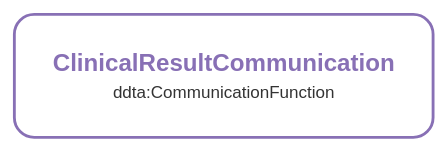
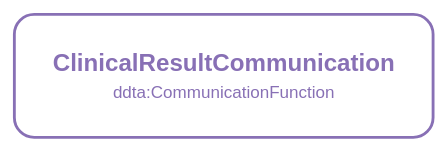
Before and after one commit to nballestriero/tesiStabile: diagram 11 of 26 in ontologies/core/DDTA_CORE_VISUALIZATION.md, drawn with Mermaid. The commit also changed other lines of this file and 4 other files, not shown here.

````diff
--- a/ontologies/core/DDTA_CORE_VISUALIZATION.md
+++ b/ontologies/core/DDTA_CORE_VISUALIZATION.md
@@ -1102,6 +1318,7 @@
 ```mermaid
-%%{init: {"htmlLabels":true,"theme":"base"}}%%
+%%{init: {"htmlLabels":true,"theme":"base","layout":"elk"}}%%
 flowchart TB
-    O_4d2fae64b52649("<div style='display:inline-block;text-align:center;white-space:nowrap;line-height:1.4;padding:8px 12px;background:transparent;opacity:1;color:#8870B5'><span style='display:block;text-align:center;font-size:17px;font-weight:700;color:#8870B5'>ClinicalResultCommunication</span><span style='display:block;text-align:center;font-size:12px;font-weight:400;color:#8870B5'>ddta:CommunicationFunction</span></div>")
-    style O_4d2fae64b52649 fill:#FFFFFF,stroke:#8870B5,color:#8870B5,stroke-width:2px,rx:14px,ry:14px
+    O_2e262aff734df2("<div style='display:inline-block;text-align:center;white-space:nowrap;line-height:1.4;padding:8px 12px;background:transparent;opacity:1;color:#8870B5'><span style='display:block;text-align:center;font-size:17px;font-weight:700;color:#8870B5'>ClinicalResultCommunication</span><span style='display:block;text-align:center;font-size:12px;font-weight:400;color:#8870B5'>ddta:CommunicationFunction</span></div>")
+    classDef DDTA_C_8f7a37e1c601 fill:#FFFFFF,stroke:#8870B5,color:#8870B5,stroke-width:2px,rx:14px,ry:14px
+    class O_2e262aff734df2 DDTA_C_8f7a37e1c601
 ```
````
